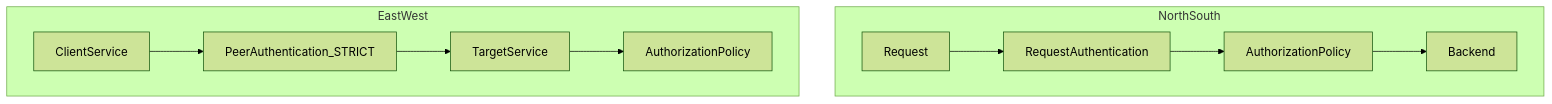
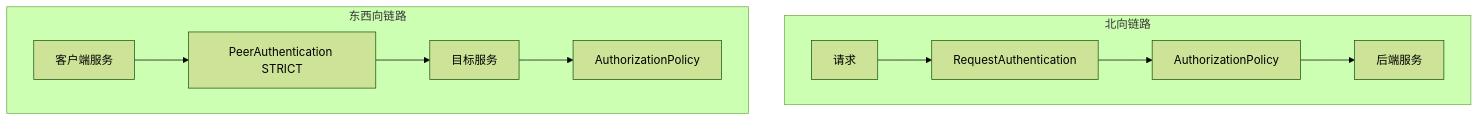
Before and after one commit to hwang-protocol/docker_k8s_2026: the second of 2 diagrams in k8s/05-security-and-zero-trust/docs/05_enable_jwt_and_mesh_security.md, drawn with Mermaid (forest theme). The commit also changed other lines of this file and 18 other files, not shown here.

````diff
--- a/k8s/05-security-and-zero-trust/docs/05_enable_jwt_and_mesh_security.md
+++ b/k8s/05-security-and-zero-trust/docs/05_enable_jwt_and_mesh_security.md
@@ -287,14 +301,14 @@
 ```mermaid
 flowchart TD
-    subgraph northSouth [NorthSouth]
-        req[Request] --> jwt[RequestAuthentication]
+    subgraph northSouth [北向链路]
+        req[请求] --> jwt[RequestAuthentication]
         jwt --> allow[AuthorizationPolicy]
-        allow --> backend[Backend]
+        allow --> backend[后端服务]
     end
 
-    subgraph eastWest [EastWest]
-        svc1[ClientService] --> mtls[PeerAuthentication_STRICT]
-        mtls --> svc2[TargetService]
+    subgraph eastWest [东西向链路]
+        svc1[客户端服务] --> mtls[PeerAuthentication STRICT]
+        mtls --> svc2[目标服务]
         svc2 --> svcAuthz[AuthorizationPolicy]
     end
 ```
````
